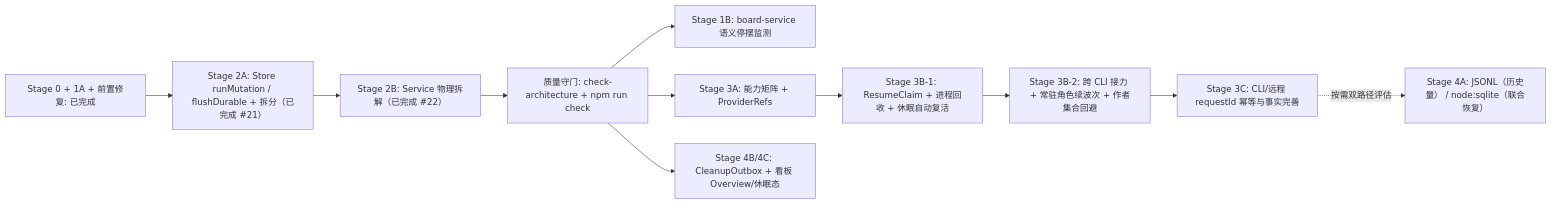
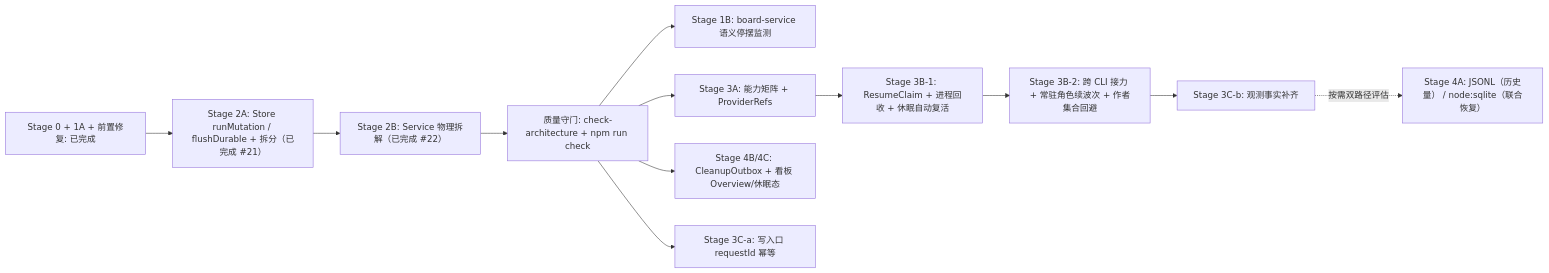
The diagram in docs/orchestration-upgrade-roadmap.md (AhakeyAI/ahastudio), drawn with Mermaid before and after one commit. The commit also changed other lines of this file and 5 other files, not shown here.

First line of the commit message:
feat(orchestration): run CLI/HTTP write actions once per requestId

````diff
--- a/docs/orchestration-upgrade-roadmap.md
+++ b/docs/orchestration-upgrade-roadmap.md
@@ -69,13 +69,14 @@
 ```mermaid
 flowchart LR
     S0["Stage 0 + 1A + 前置修复: 已完成"] --> S2A["Stage 2A: Store runMutation / flushDurable + 拆分（已完成 #21）"]
     S2A --> S2B["Stage 2B: Service 物理拆解（已完成 #22）"]
     S2B --> QG["质量守门: check-architecture + npm run check"]
     QG --> S1B["Stage 1B: board-service 语义停摆监测"]
     QG --> S3A["Stage 3A: 能力矩阵 + ProviderRefs"]
     QG --> S4BC["Stage 4B/4C: CleanupOutbox + 看板 Overview/休眠态"]
     S3A --> S3B1["Stage 3B-1: ResumeClaim + 进程回收 + 休眠自动复活"]
     S3B1 --> S3B2["Stage 3B-2: 跨 CLI 接力 + 常驻角色续波次 + 作者集合回避"]
-    S3B2 --> S3C["Stage 3C: CLI/远程 requestId 幂等与事实完善"]
+    QG --> S3Ca["Stage 3C-a: 写入口 requestId 幂等"]
+    S3B2 --> S3C["Stage 3C-b: 观测事实补齐"]
     S3C -. "按需双路径评估" .-> S4A["Stage 4A: JSONL（历史量） / node:sqlite（联合恢复）"]
 ```
````
